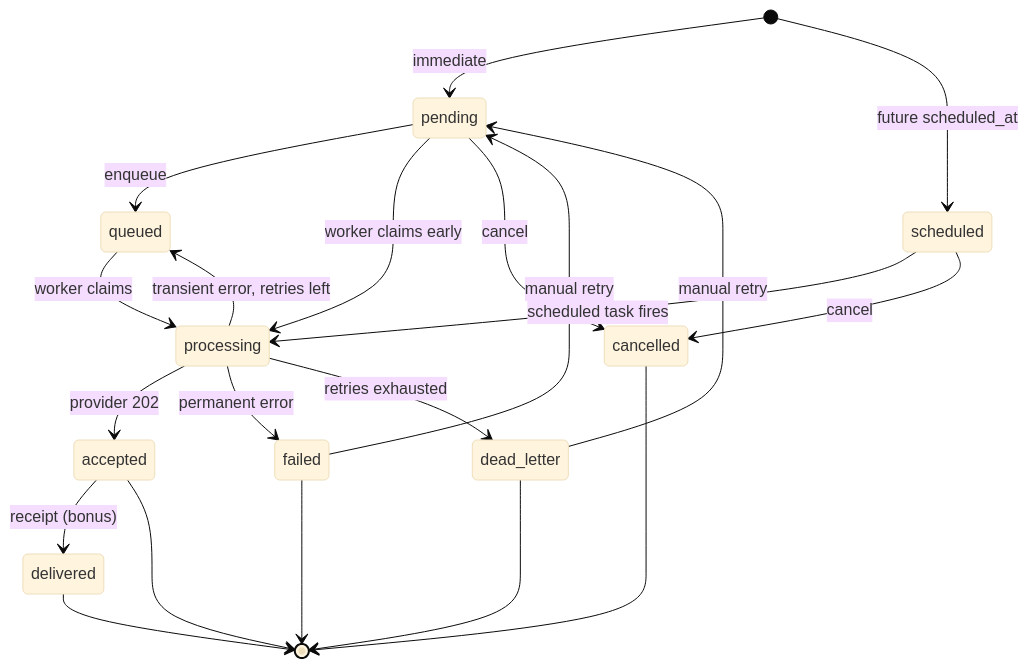
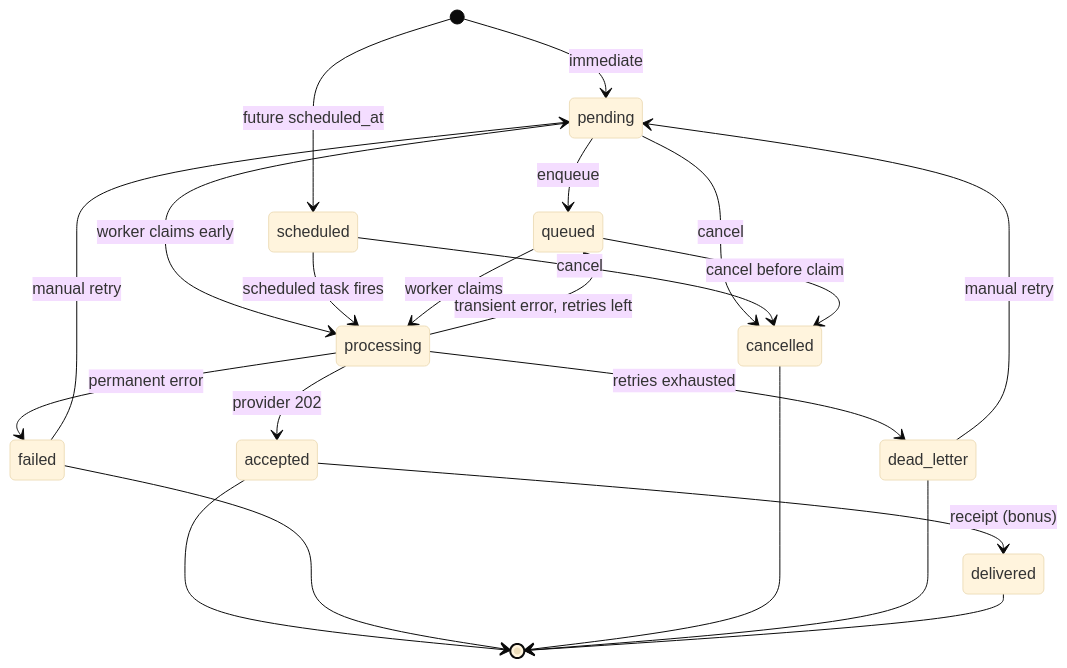
One commit to onatozmenn/insider-one-notification-system changed the second of 2 diagrams in docs/domain-model.md. Above: the diagram before and after it, drawn with Mermaid (base theme). The commit also changed other lines of this file and 26 other files, not shown here.

````diff
--- a/docs/domain-model.md
+++ b/docs/domain-model.md
@@ -91,23 +91,24 @@
 ```mermaid
 stateDiagram-v2
     [*] --> pending: immediate
     [*] --> scheduled: future scheduled_at
     pending --> queued: enqueue
     pending --> processing: worker claims early
     pending --> cancelled: cancel
     scheduled --> processing: scheduled task fires
     scheduled --> cancelled: cancel
     queued --> processing: worker claims
+    queued --> cancelled: cancel before claim
     processing --> accepted: provider 202
     processing --> queued: transient error, retries left
     processing --> failed: permanent error
     processing --> dead_letter: retries exhausted
     failed --> pending: manual retry
     dead_letter --> pending: manual retry
     accepted --> delivered: receipt (bonus)
     accepted --> [*]
     failed --> [*]
     cancelled --> [*]
     dead_letter --> [*]
     delivered --> [*]
 ```
````
